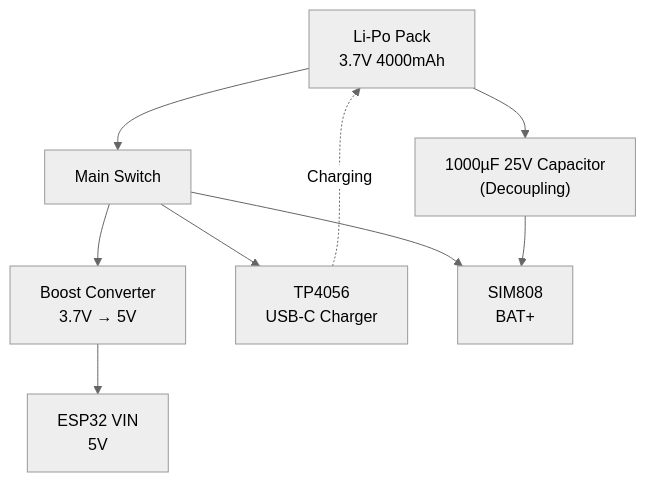
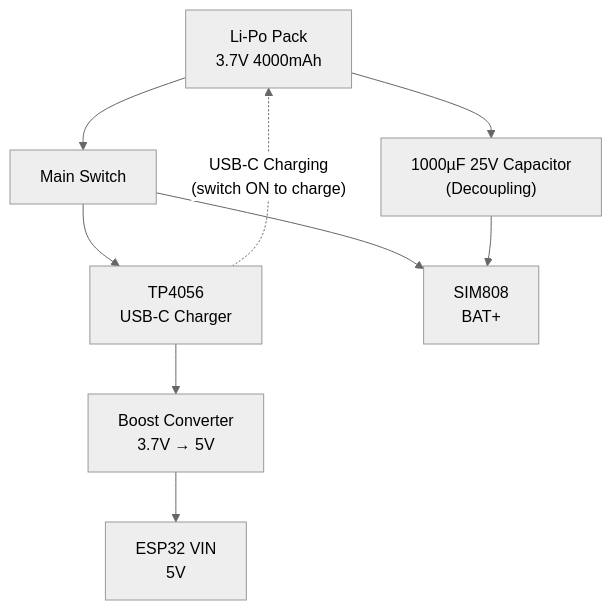
Before and after one commit to qppd/smart-vehicle-impact-detection-device: the second of 6 diagrams in docs/BLOCK-DIAGRAM.md, drawn with Mermaid (neutral theme). The commit also changed other lines of this file and 10 other files, not shown here.

````diff
--- a/docs/BLOCK-DIAGRAM.md
+++ b/docs/BLOCK-DIAGRAM.md
@@ -52,19 +53,19 @@
 ```mermaid
 graph TB
     BAT["Li-Po Pack<br/>3.7V 4000mAh"]
     SW["Main Switch"]
     BOOST["Boost Converter<br/>3.7V → 5V"]
     TP4056["TP4056<br/>USB-C Charger"]
     ESP32["ESP32 VIN<br/>5V"]
     SIM808["SIM808<br/>BAT+"]
     CAP["1000µF 25V Capacitor<br/>(Decoupling)"]
 
     BAT --> SW
-    SW --> BOOST
     SW --> SIM808
     SW --> TP4056
+    TP4056 --> BOOST
     BOOST --> ESP32
     BAT --> CAP
     CAP --> SIM808
-    TP4056 -. "Charging" .-> BAT
+    TP4056 -. "USB-C Charging<br/>(switch ON to charge)" .-> BAT
 ```
````
